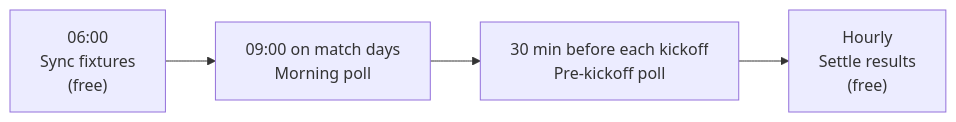
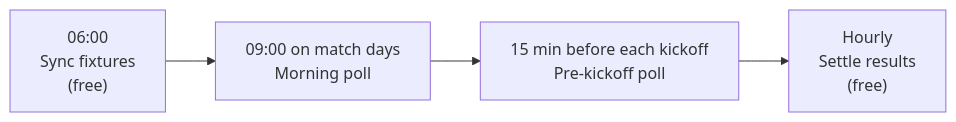
One commit to achref-thamri/closing-line changed the first of 2 diagrams in README.md. Above: the diagram before and after it, drawn with Mermaid. The commit also changed 10 other files, not shown here.

````diff
--- a/README.md
+++ b/README.md
@@ -29,6 +29,6 @@
 ```mermaid
 flowchart LR
     S["06:00<br/>Sync fixtures<br/>(free)"] --> M["09:00 on match days<br/>Morning poll"]
-    M --> P["30 min before each kickoff<br/>Pre-kickoff poll"]
+    M --> P["15 min before each kickoff<br/>Pre-kickoff poll"]
     P --> R["Hourly<br/>Settle results<br/>(free)"]
 ```
````
